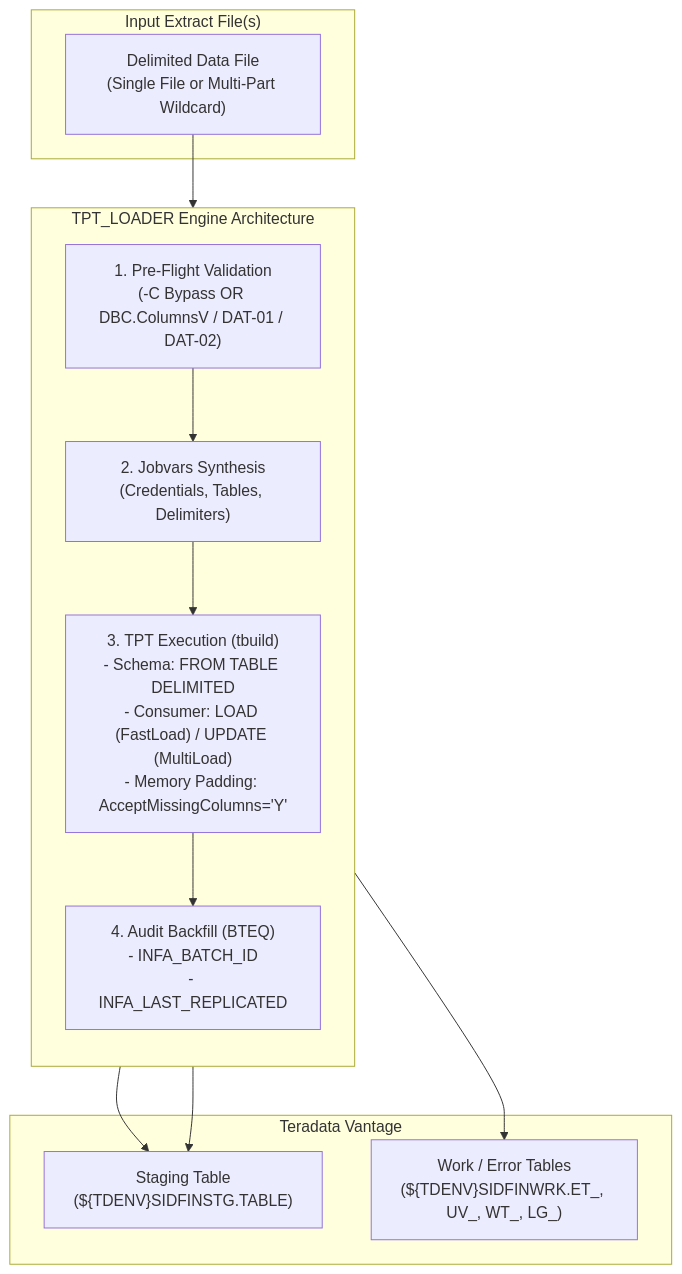
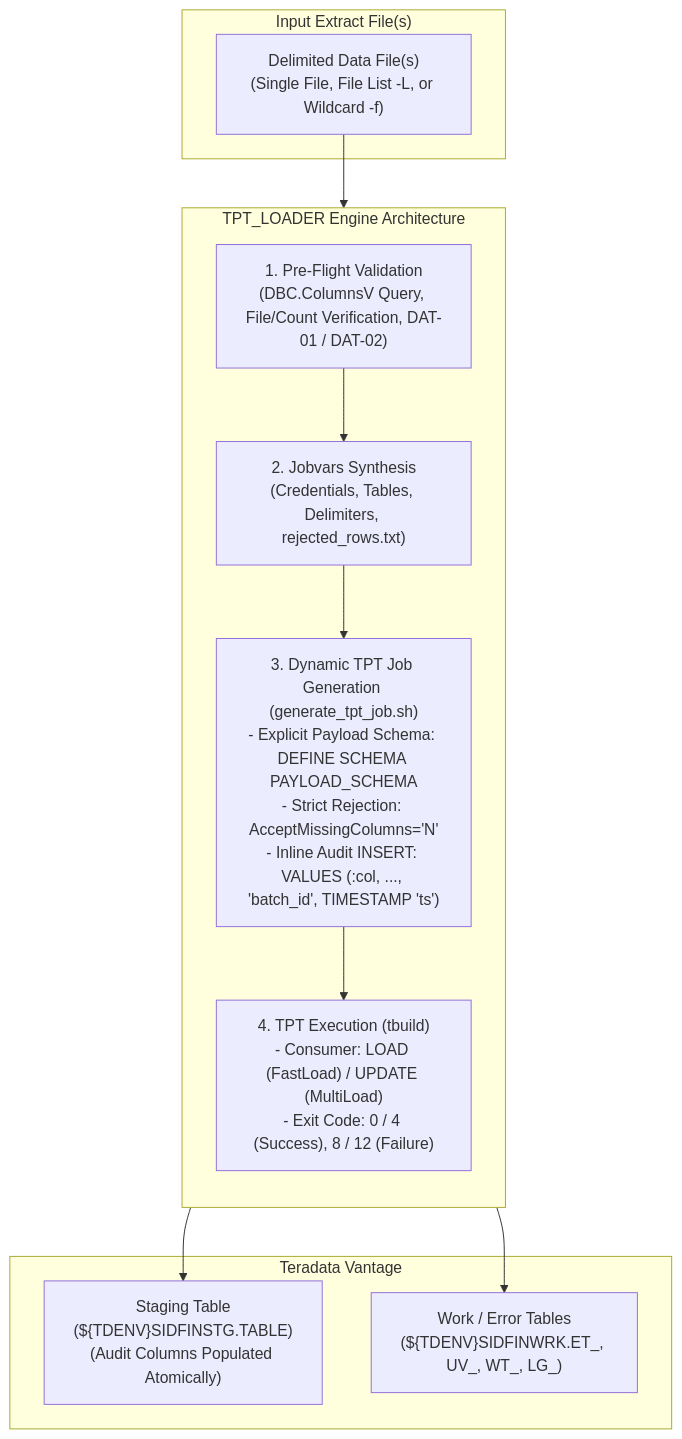
The first of 2 diagrams in DOCS/03_TPT_LOADER/02_functional_specification.md (manisadegh/DATA_LOADER), drawn with Mermaid before and after one commit. The commit also changed other lines of this file and 48 other files, not shown here.

Commit message:
feat(phase-1): implement TPT load path, strict row rejection & schema governance (F1.1 - F1.12)

````diff
--- a/DOCS/03_TPT_LOADER/02_functional_specification.md
+++ b/DOCS/03_TPT_LOADER/02_functional_specification.md
@@ -7,24 +7,23 @@
 ```mermaid
 flowchart TD
     subgraph INPUT["Input Extract File(s)"]
-        CSV["Delimited Data File<br/>(Single File or Multi-Part Wildcard)"]
+        CSV["Delimited Data File(s)<br/>(Single File, File List -L, or Wildcard -f)"]
     end
 
     subgraph ENGINE["TPT_LOADER Engine Architecture"]
         direction TB
-        Pre["1. Pre-Flight Validation<br/>(-C Bypass OR DBC.ColumnsV / DAT-01 / DAT-02)"]
-        Jobvar["2. Jobvars Synthesis<br/>(Credentials, Tables, Delimiters)"]
-        TPT["3. TPT Execution (tbuild)<br/>- Schema: FROM TABLE DELIMITED<br/>- Consumer: LOAD (FastLoad) / UPDATE (MultiLoad)<br/>- Memory Padding: AcceptMissingColumns='Y'"]
-        Update["4. Audit Backfill (BTEQ)<br/>- INFA_BATCH_ID<br/>- INFA_LAST_REPLICATED"]
+        Pre["1. Pre-Flight Validation<br/>(DBC.ColumnsV Query, File/Count Verification, DAT-01 / DAT-02)"]
+        Jobvar["2. Jobvars Synthesis<br/>(Credentials, Tables, Delimiters, rejected_rows.txt)"]
+        GenTPT["3. Dynamic TPT Job Generation (generate_tpt_job.sh)<br/>- Explicit Payload Schema: DEFINE SCHEMA PAYLOAD_SCHEMA<br/>- Strict Rejection: AcceptMissingColumns='N'<br/>- Inline Audit INSERT: VALUES (:col, ..., 'batch_id', TIMESTAMP 'ts')"]
+        TPT["4. TPT Execution (tbuild)<br/>- Consumer: LOAD (FastLoad) / UPDATE (MultiLoad)<br/>- Exit Code: 0 / 4 (Success), 8 / 12 (Failure)"]
     end
 
     subgraph TARGET["Teradata Vantage"]
-        Staging["Staging Table<br/>(${TDENV}SIDFINSTG.TABLE)"]
+        Staging["Staging Table<br/>(${TDENV}SIDFINSTG.TABLE)<br/>(Audit Columns Populated Atomically)"]
         Utility["Work / Error Tables<br/>(${TDENV}SIDFINWRK.ET_, UV_, WT_, LG_)"]
     end
 
-    CSV --> Pre --> Jobvar --> TPT
+    CSV --> Pre --> Jobvar --> GenTPT --> TPT
     TPT --> Utility
     TPT --> Staging
-    TPT --> Update --> Staging
 ```
````
